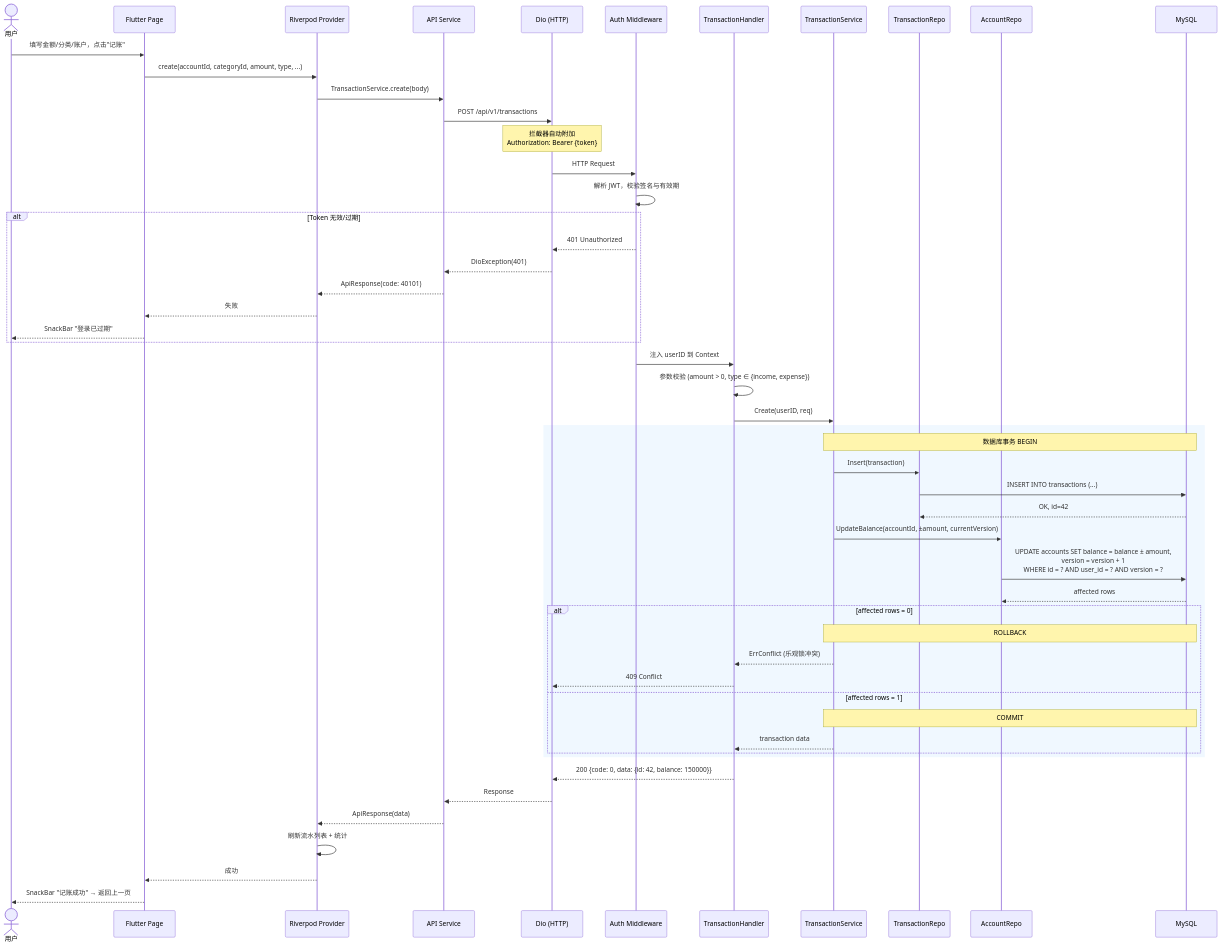
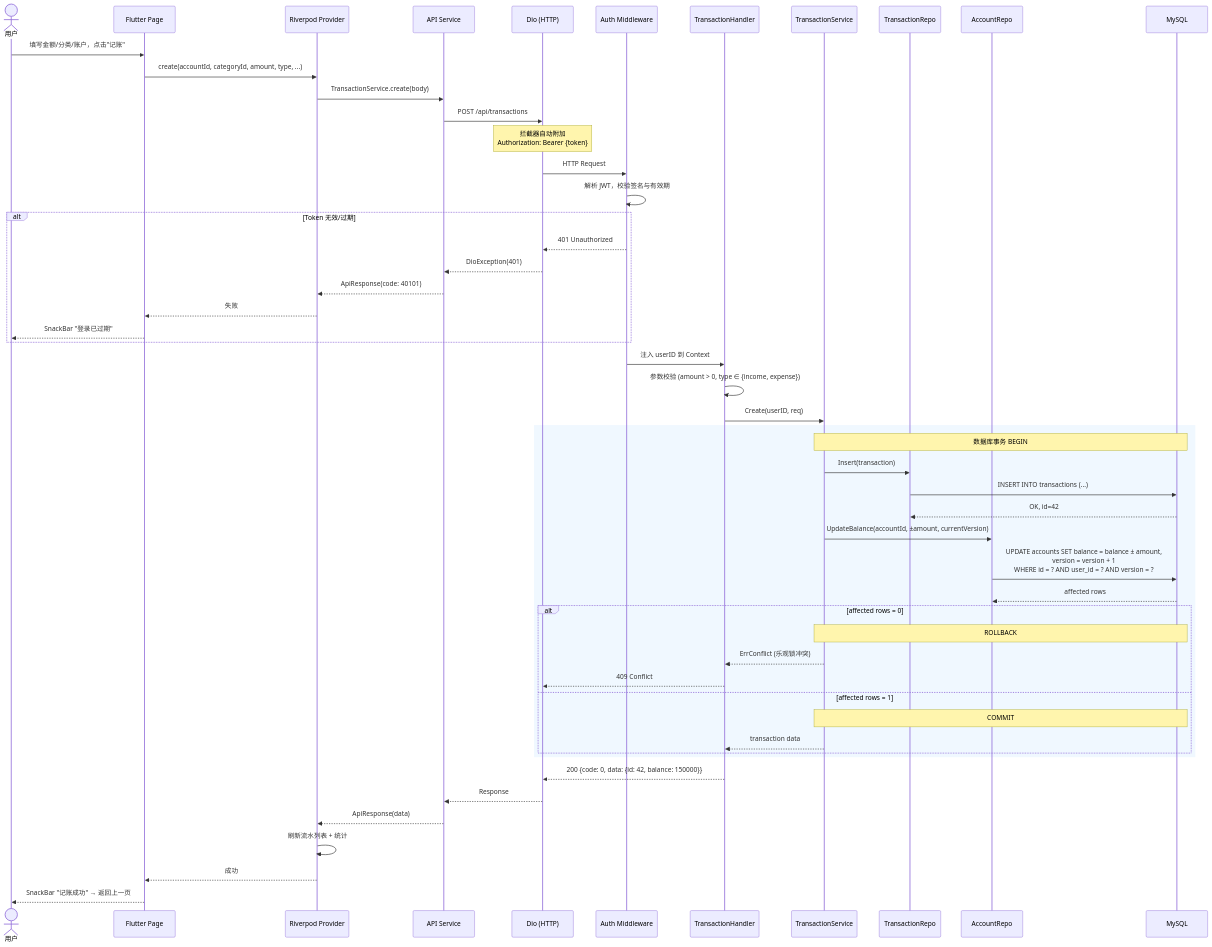
Before and after one commit to OLRainM/GoLedger: the second of 4 diagrams in README.md, drawn with Mermaid. The commit also changed other lines of this file and 1 other file, not shown here.

Commit message:
fix: 统一接口路径为 /api/...，移除文档中错误的 /v1 前缀

````diff
--- a/README.md
+++ b/README.md
@@ -275,61 +275,61 @@
 ```mermaid
 sequenceDiagram
     actor User as 用户
     participant Page as Flutter Page
     participant Provider as Riverpod Provider
     participant Service as API Service
     participant Dio as Dio (HTTP)
     participant MW as Auth Middleware
     participant Handler as TransactionHandler
     participant Svc as TransactionService
     participant TxRepo as TransactionRepo
     participant AccRepo as AccountRepo
     participant DB as MySQL
 
     User->>Page: 填写金额/分类/账户，点击"记账"
     Page->>Provider: create(accountId, categoryId, amount, type, ...)
     Provider->>Service: TransactionService.create(body)
-    Service->>Dio: POST /api/v1/transactions
+    Service->>Dio: POST /api/transactions
     Note over Dio: 拦截器自动附加<br/>Authorization: Bearer {token}
     Dio->>MW: HTTP Request
 
     MW->>MW: 解析 JWT，校验签名与有效期
     alt Token 无效/过期
         MW-->>Dio: 401 Unauthorized
         Dio-->>Service: DioException(401)
         Service-->>Provider: ApiResponse(code: 40101)
         Provider-->>Page: 失败
         Page-->>User: SnackBar "登录已过期"
     end
     MW->>Handler: 注入 userID 到 Context
 
     Handler->>Handler: 参数校验 (amount > 0, type ∈ {income, expense})
     Handler->>Svc: Create(userID, req)
 
     rect rgb(240, 248, 255)
         Note over Svc,DB: 数据库事务 BEGIN
         Svc->>TxRepo: Insert(transaction)
         TxRepo->>DB: INSERT INTO transactions (...)
         DB-->>TxRepo: OK, id=42
 
         Svc->>AccRepo: UpdateBalance(accountId, ±amount, currentVersion)
         AccRepo->>DB: UPDATE accounts SET balance = balance ± amount,<br/>version = version + 1<br/>WHERE id = ? AND user_id = ? AND version = ?
         DB-->>AccRepo: affected rows
 
         alt affected rows = 0
             Note over Svc,DB: ROLLBACK
             Svc-->>Handler: ErrConflict (乐观锁冲突)
             Handler-->>Dio: 409 Conflict
         else affected rows = 1
             Note over Svc,DB: COMMIT
             Svc-->>Handler: transaction data
         end
     end
 
     Handler-->>Dio: 200 {code: 0, data: {id: 42, balance: 150000}}
     Dio-->>Service: Response
     Service-->>Provider: ApiResponse(data)
     Provider->>Provider: 刷新流水列表 + 统计
     Provider-->>Page: 成功
     Page-->>User: SnackBar "记账成功" → 返回上一页
 ```
````
